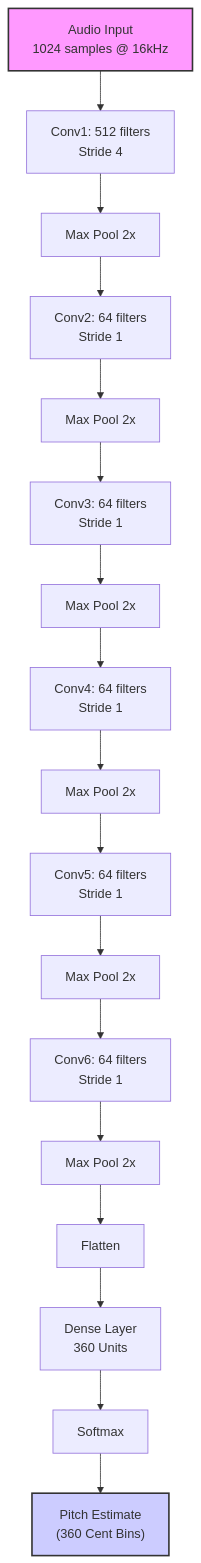
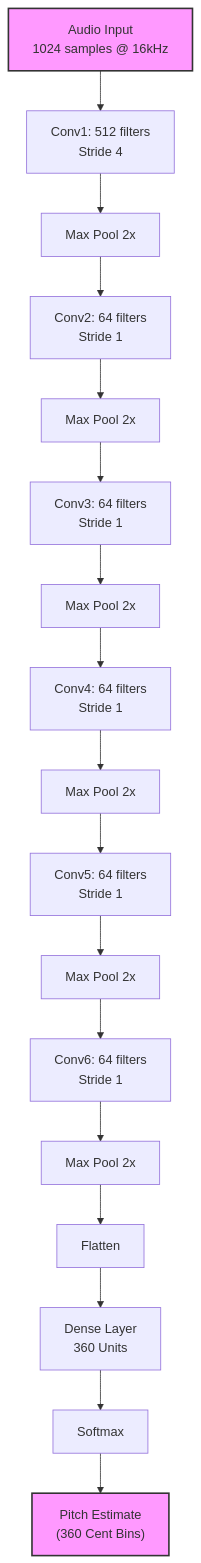
One commit to tonimateos/vox2trumpet changed the first of 2 diagrams in README.md. Above: the diagram before and after it, drawn with Mermaid. The commit also changed other lines of this file, not shown here.

````diff
--- a/README.md
+++ b/README.md
@@ -45,22 +45,22 @@
 ```mermaid
 graph TD
     Input["Audio Input<br/>1024 samples @ 16kHz"] --> C1["Conv1: 512 filters<br/>Stride 4"]
     C1 --> P1["Max Pool 2x"]
     P1 --> C2["Conv2: 64 filters<br/>Stride 1"]
     C2 --> P2["Max Pool 2x"]
     P2 --> C3["Conv3: 64 filters<br/>Stride 1"]
     C3 --> P3["Max Pool 2x"]
     P3 --> C4["Conv4: 64 filters<br/>Stride 1"]
     C4 --> P4["Max Pool 2x"]
     P4 --> C5["Conv5: 64 filters<br/>Stride 1"]
     C5 --> P5["Max Pool 2x"]
     P5 --> C6["Conv6: 64 filters<br/>Stride 1"]
     C6 --> P6["Max Pool 2x"]
     P6 --> Flatten["Flatten"]
     Flatten --> Dense["Dense Layer<br/>360 Units"]
     Dense --> Softmax["Softmax"]
     Softmax --> Output["Pitch Estimate<br/>(360 Cent Bins)"]
 
     style Input fill:#f9f,stroke:#333,stroke-width:2px
-    style Output fill:#ccf,stroke:#333,stroke-width:2px
+    style Output fill:#f9f,stroke:#333,stroke-width:2px
 ```
````
